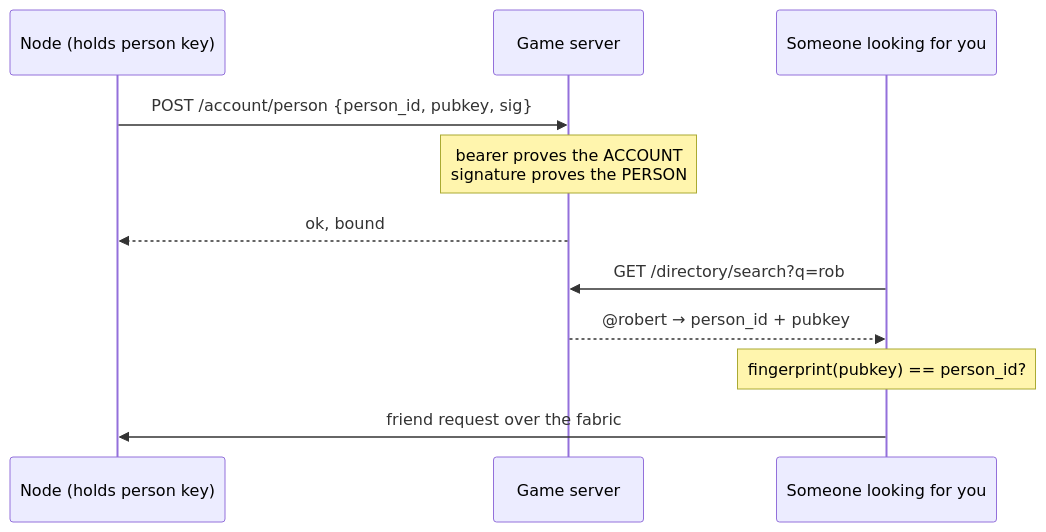
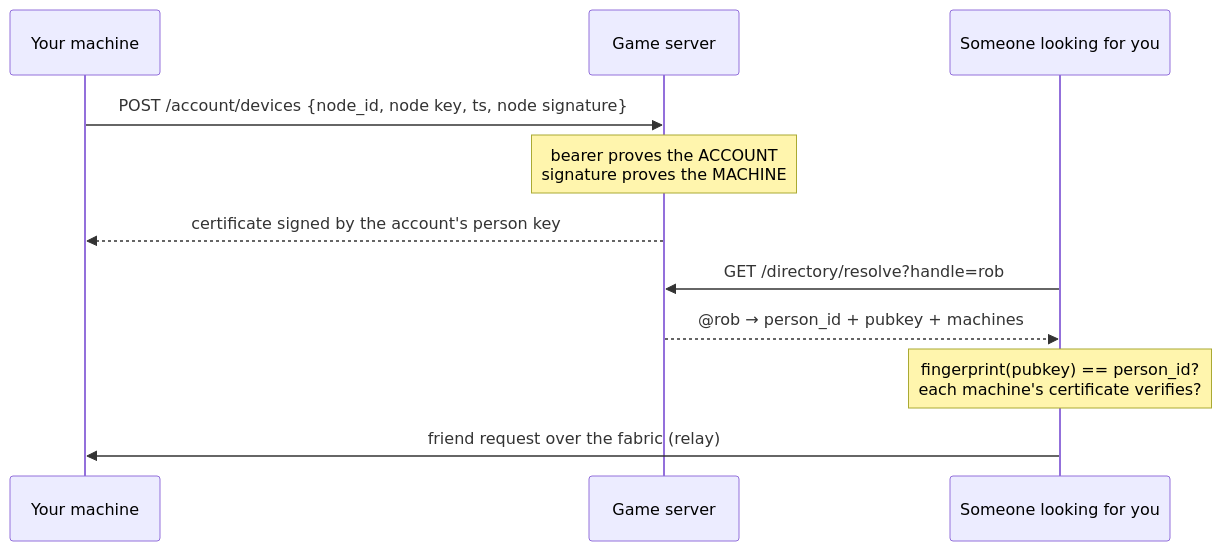
Before and after one commit to ConstCorrectness/horrible-dashboard: the diagram in docs/modules/people.mdx, drawn with Mermaid. The commit also changed other lines of this file and 26 other files, not shown here.

````diff
--- a/docs/modules/people.mdx
+++ b/docs/modules/people.mdx
@@ -68,13 +68,13 @@
 ```mermaid
 sequenceDiagram
-    participant N as Node (holds person key)
+    participant N as Your machine
     participant G as Game server
     participant P as Someone looking for you
-    N->>G: POST /account/person {person_id, pubkey, sig}
-    Note over G: bearer proves the ACCOUNT<br/>signature proves the PERSON
-    G-->>N: ok, bound
-    P->>G: GET /directory/search?q=rob
-    G-->>P: @robert → person_id + pubkey
-    Note over P: fingerprint(pubkey) == person_id?
-    P->>N: friend request over the fabric
+    N->>G: POST /account/devices {node_id, node key, ts, node signature}
+    Note over G: bearer proves the ACCOUNT<br/>signature proves the MACHINE
+    G-->>N: certificate signed by the account's person key
+    P->>G: GET /directory/resolve?handle=rob
+    G-->>P: @rob → person_id + pubkey + machines
+    Note over P: fingerprint(pubkey) == person_id?<br/>each machine's certificate verifies?
+    P->>N: friend request over the fabric (relay)
 ```
````
